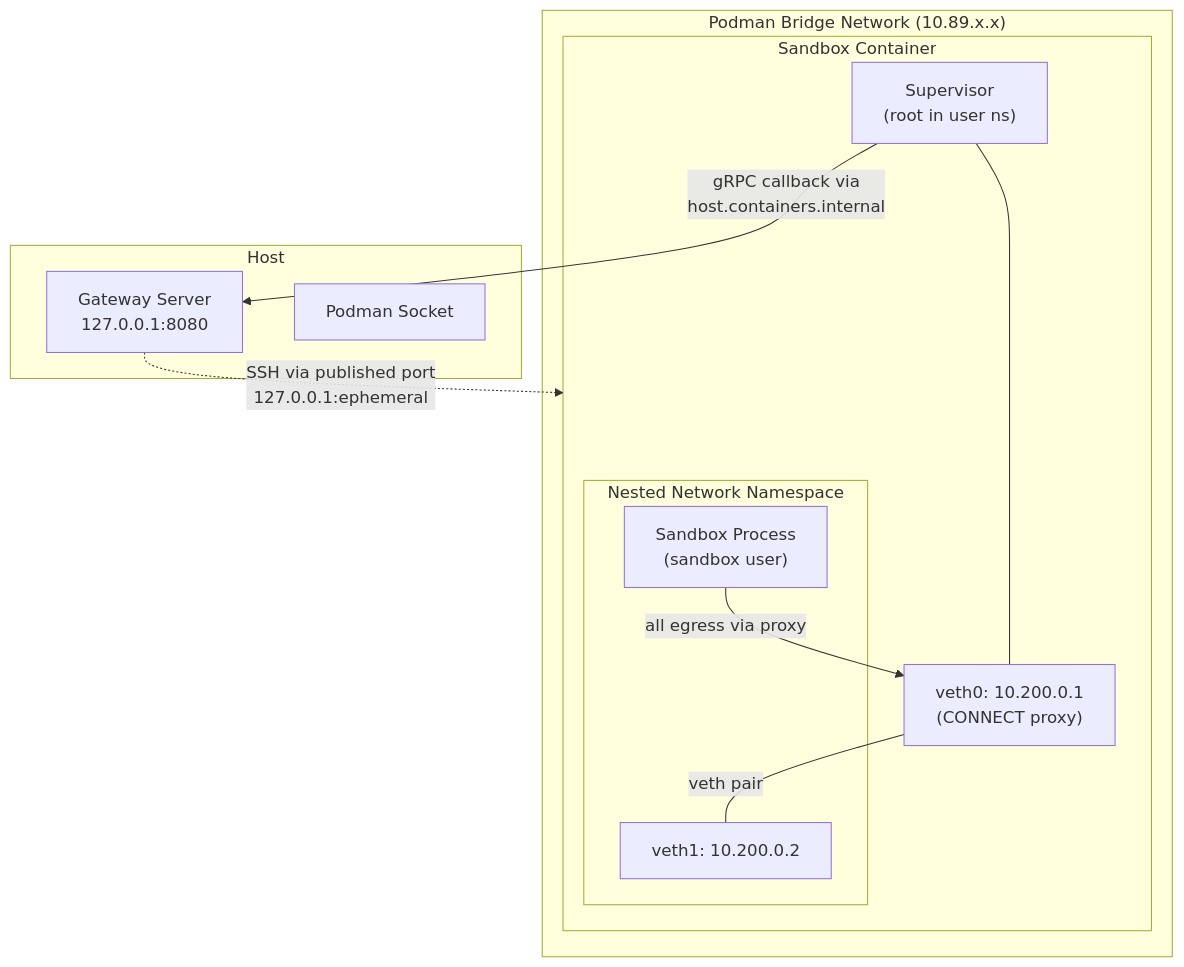
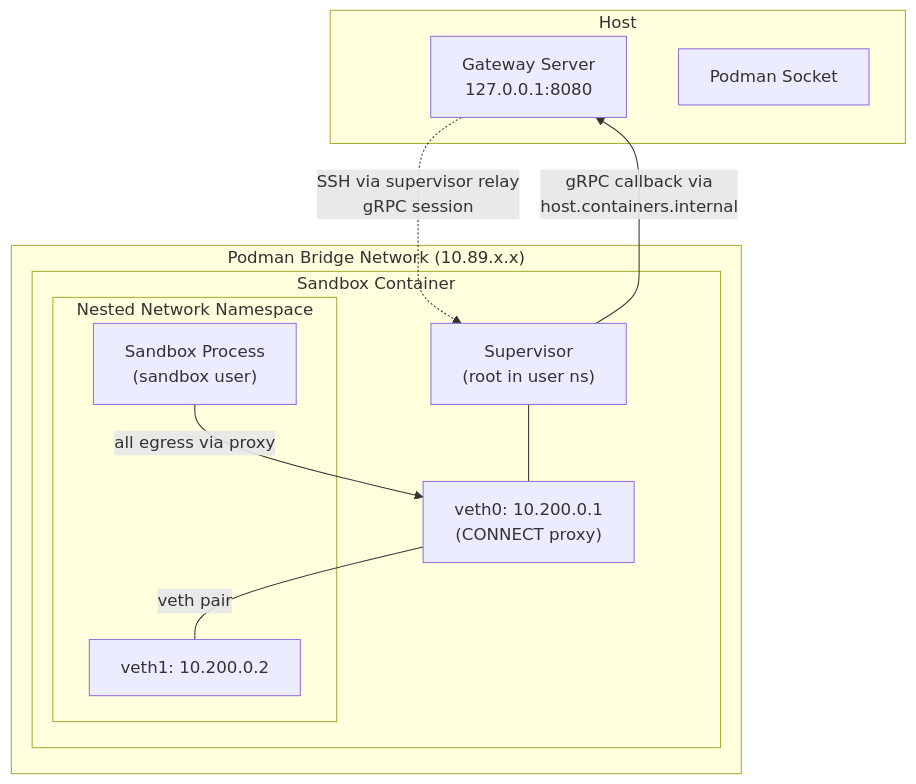
One commit to alessandro-festa/OpenShell changed the third of 4 diagrams in architecture/podman-driver.md. Above: the diagram before and after it, drawn with Mermaid. The commit also changed other lines of this file and 2 other files, not shown here.

````diff
--- a/architecture/podman-driver.md
+++ b/architecture/podman-driver.md
@@ -109,24 +109,24 @@
 ```mermaid
 graph TB
     subgraph Host
         GW["Gateway Server<br/>127.0.0.1:8080"]
         PS["Podman Socket"]
     end
 
     subgraph Bridge["Podman Bridge Network (10.89.x.x)"]
         subgraph Container["Sandbox Container"]
             SV["Supervisor<br/>(root in user ns)"]
             subgraph NestedNS["Nested Network Namespace"]
                 SP["Sandbox Process<br/>(sandbox user)"]
                 VE2["veth1: 10.200.0.2"]
             end
             VE1["veth0: 10.200.0.1<br/>(CONNECT proxy)"]
             SV --- VE1
             VE1 ---|veth pair| VE2
         end
     end
 
-    GW -.->|SSH via published port<br/>127.0.0.1:ephemeral| Container
+    GW -.->|SSH via supervisor relay<br/>gRPC session| SV
     SV -->|gRPC callback via<br/>host.containers.internal| GW
     SP -->|all egress via proxy| VE1
 ```
````
